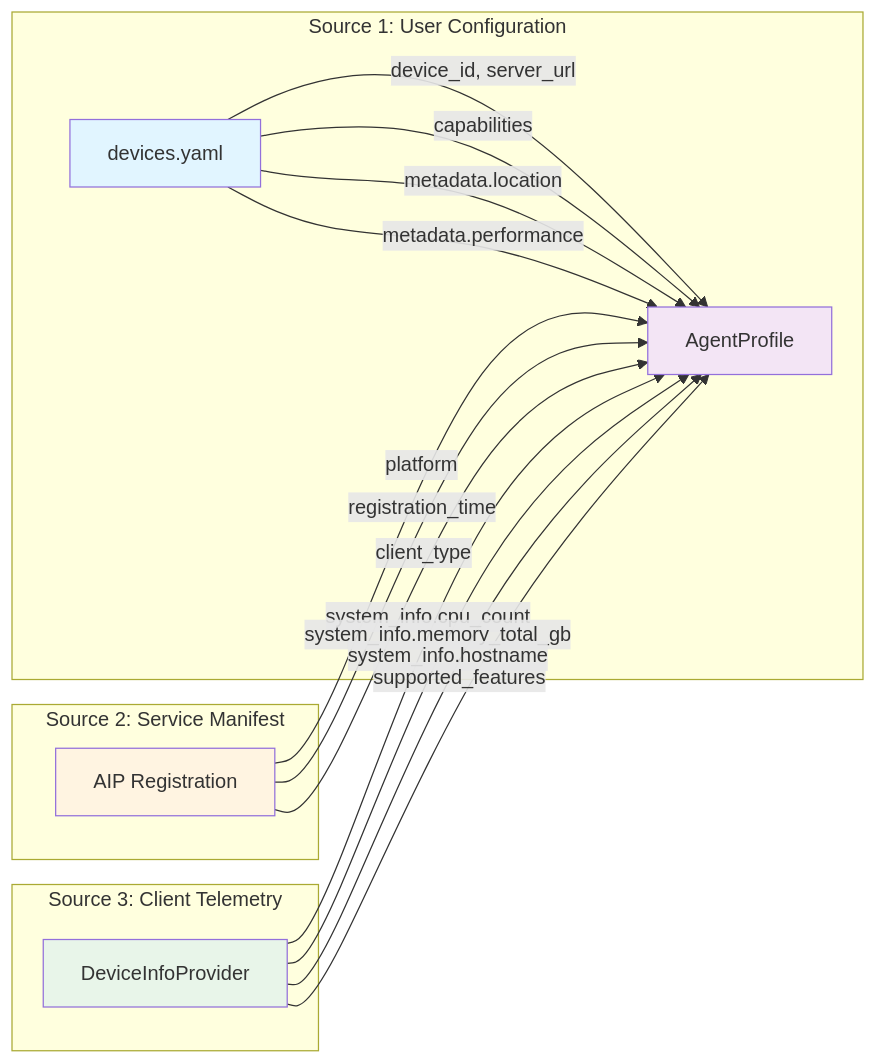
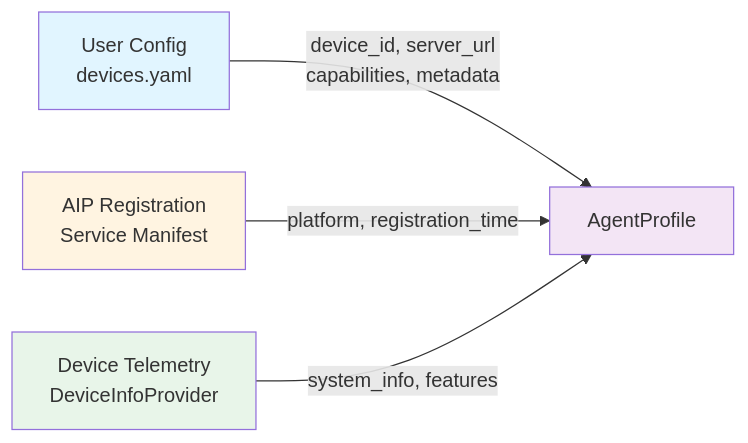
Before and after one commit to microsoft/UFO: the first of 3 diagrams in documents/docs/galaxy/agent_registration/agent_profile.md, drawn with Mermaid. The commit also changed other lines of this file and 19 other files, not shown here.

````diff
--- a/documents/docs/galaxy/agent_registration/agent_profile.md
+++ b/documents/docs/galaxy/agent_registration/agent_profile.md
@@ -241,32 +238,15 @@
 ```mermaid
 graph LR
-    subgraph "Source 1: User Configuration"
-        A[devices.yaml]
-        A -->|device_id, server_url| D
-        A -->|capabilities| D
-        A -->|metadata.location| D
-        A -->|metadata.performance| D
-    end
+    A[User Config<br/>devices.yaml]
+    B[AIP Registration<br/>Service Manifest]
+    C[Device Telemetry<br/>DeviceInfoProvider]
     
-    subgraph "Source 2: Service Manifest"
-        B[AIP Registration]
-        B -->|platform| D
-        B -->|registration_time| D
-        B -->|client_type| D
-    end
-    
-    subgraph "Source 3: Client Telemetry"
-        C[DeviceInfoProvider]
-        C -->|system_info.cpu_count| D
-        C -->|system_info.memory_total_gb| D
-        C -->|system_info.hostname| D
-        C -->|supported_features| D
-    end
-    
-    D[AgentProfile]
+    A -->|device_id, server_url<br/>capabilities, metadata| D[AgentProfile]
+    B -->|platform, registration_time| D
+    C -->|system_info, features| D
     
     style A fill:#e1f5ff
     style B fill:#fff4e1
     style C fill:#e8f5e9
     style D fill:#f3e5f5
 ```
````
